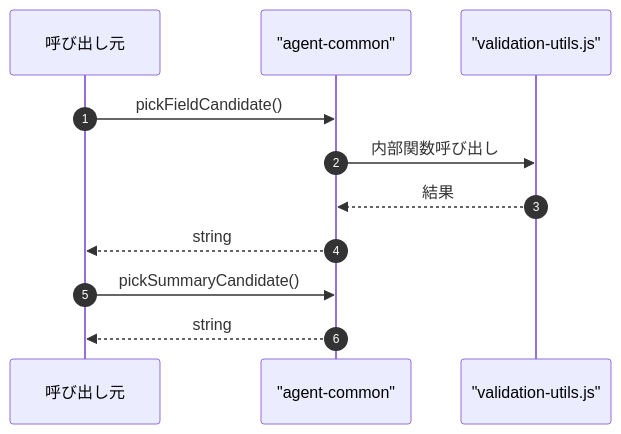
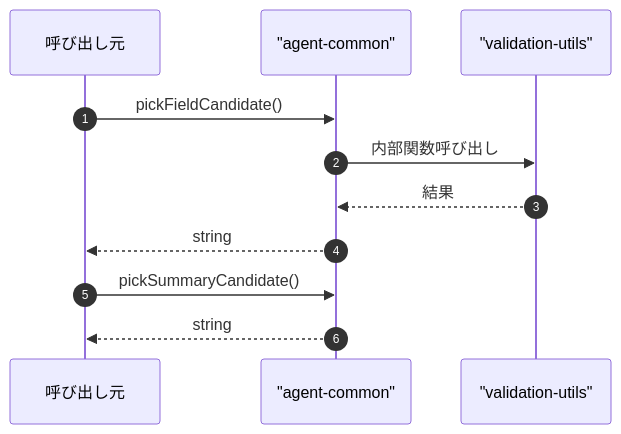
One commit to Mekann2904/mekann changed the fourth of 4 diagrams in ABDD/.pi/lib/agent-common.md. Above: the diagram before and after it, drawn with Mermaid. The commit also changed other lines of this file and 174 other files, not shown here.

First line of the commit message:
fix(docs): ABDDのMermaid図生成エラーを修正する

````diff
--- a/ABDD/.pi/lib/agent-common.md
+++ b/ABDD/.pi/lib/agent-common.md
@@ -107,15 +107,15 @@
 ```mermaid
 sequenceDiagram
   autonumber
   participant Caller as 呼び出し元
   participant agent_common as "agent-common"
-  participant validation_utils_js as "validation-utils.js"
+  participant validation_utils as "validation-utils"
 
   Caller->>agent_common: pickFieldCandidate()
-  agent_common->>validation_utils_js: 内部関数呼び出し
-  validation_utils_js-->>agent_common: 結果
+  agent_common->>validation_utils: 内部関数呼び出し
+  validation_utils-->>agent_common: 結果
   agent_common-->>Caller: string
 
   Caller->>agent_common: pickSummaryCandidate()
   agent_common-->>Caller: string
 ```
````
